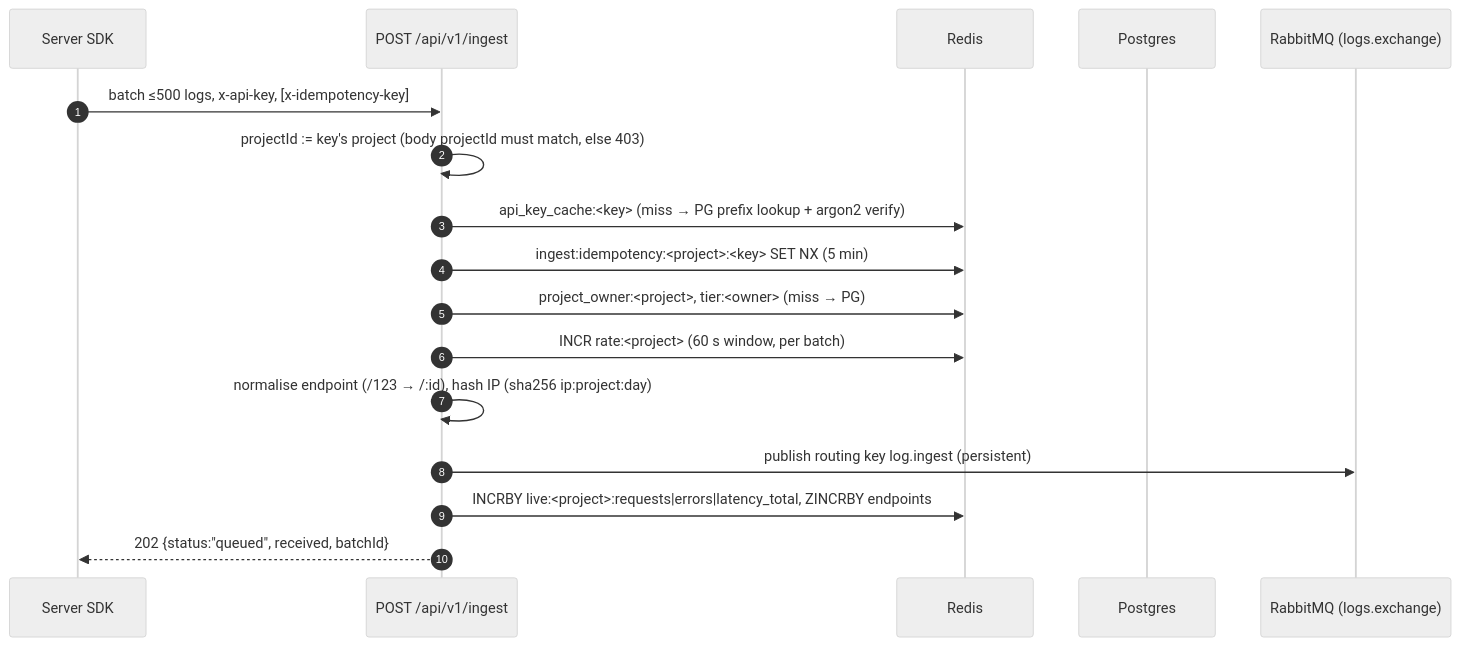
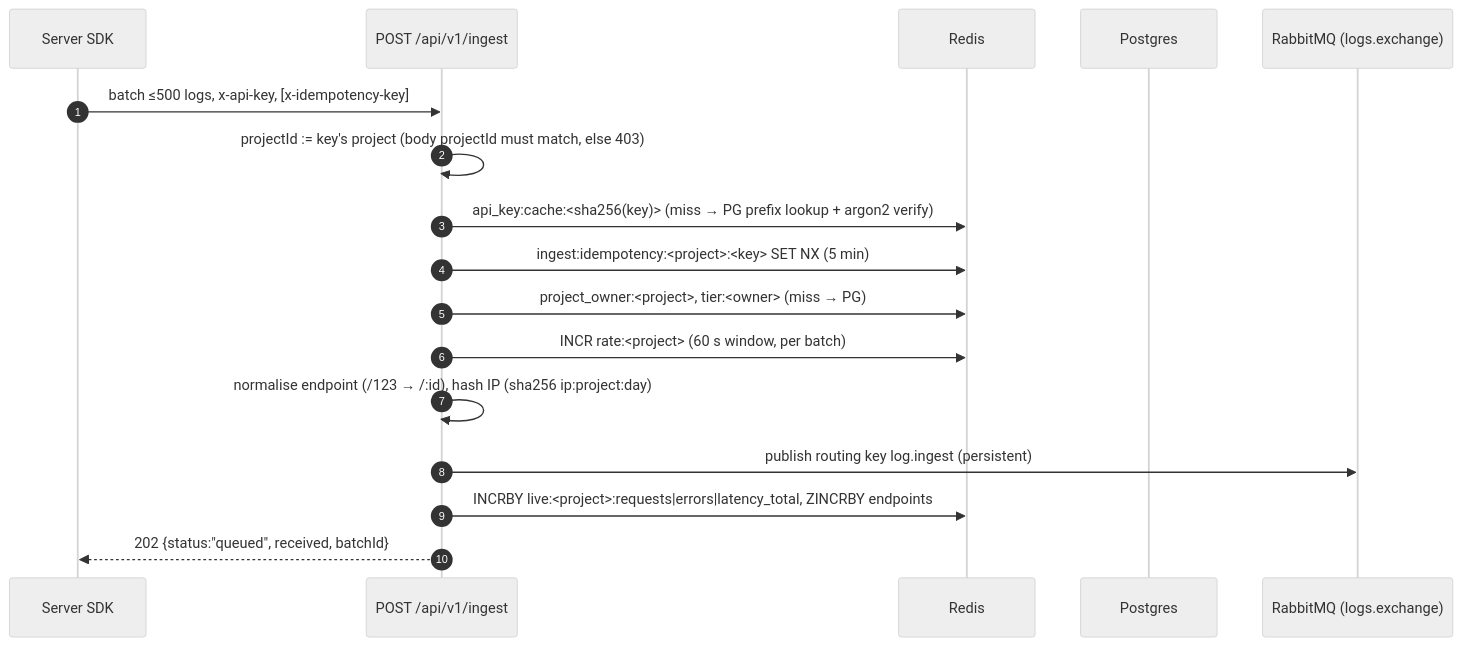
Before and after one commit to Sarthak-Shreshtha01/ApexMonitor: the first of 6 diagrams in docs/architecture/data-flow.md, drawn with Mermaid (neutral theme). The commit also changed other lines of this file and 13 other files, not shown here.

````diff
--- a/docs/architecture/data-flow.md
+++ b/docs/architecture/data-flow.md
@@ -7,19 +7,19 @@
 ```mermaid
 sequenceDiagram
     autonumber
     participant SDK as Server SDK
     participant API as POST /api/v1/ingest
     participant R as Redis
     participant PG as Postgres
     participant MQ as RabbitMQ (logs.exchange)
     SDK->>API: batch ≤500 logs, x-api-key, [x-idempotency-key]
     API->>API: projectId := key's project (body projectId must match, else 403)
-    API->>R: api_key_cache:<key>  (miss → PG prefix lookup + argon2 verify)
+    API->>R: api_key:cache:<sha256(key)>  (miss → PG prefix lookup + argon2 verify)
     API->>R: ingest:idempotency:<project>:<key> SET NX (5 min)
     API->>R: project_owner:<project>, tier:<owner> (miss → PG)
     API->>R: INCR rate:<project> (60 s window, per batch)
     API->>API: normalise endpoint (/123 → /:id), hash IP (sha256 ip:project:day)
     API->>MQ: publish routing key log.ingest (persistent)
     API->>R: INCRBY live:<project>:requests|errors|latency_total, ZINCRBY endpoints
     API-->>SDK: 202 {status:"queued", received, batchId}
 ```
````
